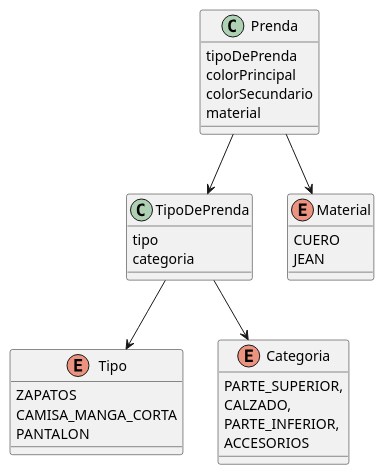
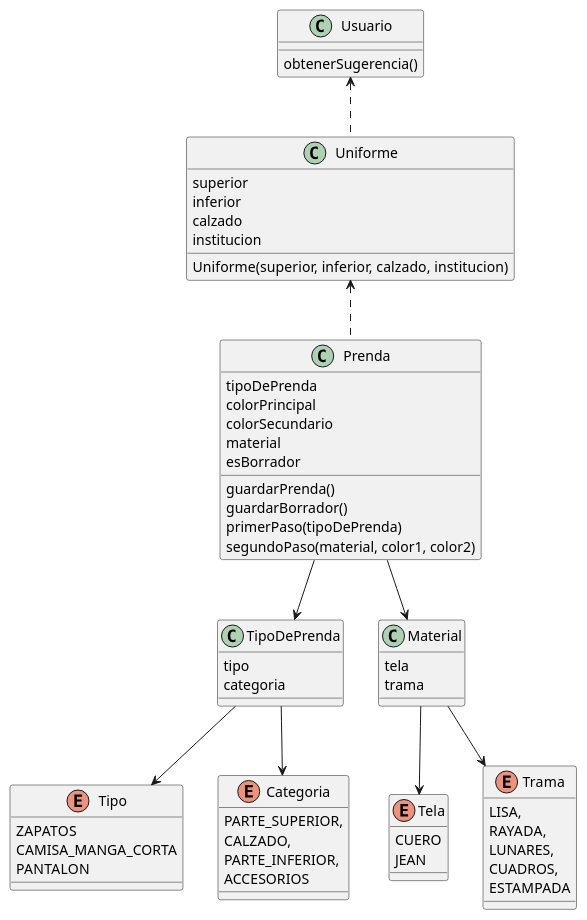
One commit to mottato/que-me-pongo changed the diagram in diagrama.puml. Above: the diagram before and after it, drawn with PlantUML. The commit also changed 7 other files, not shown here.

```diff
--- a/diagrama.puml
+++ b/diagrama.puml
@@ -1,39 +1,78 @@
 @startuml
 
 class Prenda {
     tipoDePrenda
     colorPrincipal
     colorSecundario
     material
+    esBorrador
+
+    guardarPrenda()
+    guardarBorrador()
+    primerPaso(tipoDePrenda)
+    segundoPaso(material, color1, color2)
 }
 
 class TipoDePrenda {
     tipo
     categoria
 }
 
 enum Tipo {
     ZAPATOS
     CAMISA_MANGA_CORTA
     PANTALON
 }
 
 enum Categoria {
     PARTE_SUPERIOR,
     CALZADO,
     PARTE_INFERIOR,
     ACCESORIOS
 }
 
-enum Material {
+class Material {
+    tela
+    trama
+}
+
+enum Tela {
     CUERO
     JEAN
+}
+
+enum Trama {
+    LISA,
+    RAYADA,
+    LUNARES,
+    CUADROS,
+    ESTAMPADA
 }
 
 Prenda --> TipoDePrenda
 Prenda --> Material
 
+Material --> Tela
+Material --> Trama
+
 TipoDePrenda --> Tipo
 TipoDePrenda --> Categoria
 
+
+'============= UNIFORME ===============
+class Uniforme {
+    superior
+    inferior
+    calzado
+    institucion
+
+    Uniforme(superior, inferior, calzado, institucion)
+}
+
+class Usuario {
+    obtenerSugerencia()
+}
+
+Uniforme <.. Prenda
+Usuario <.. Uniforme
 @enduml
```
